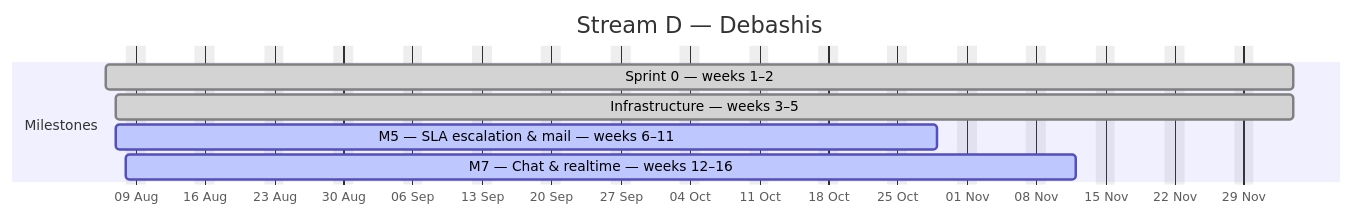
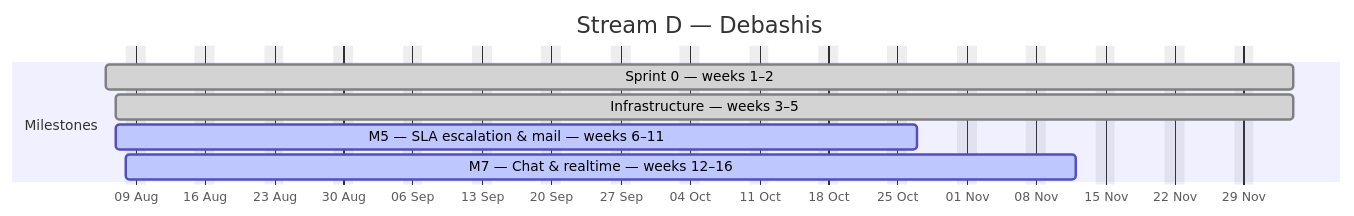
Before and after one commit to debashisedunext/EduTrack: the fourth of 4 diagrams in docs/plan/GANTT.md, drawn with Mermaid. The commit also changed other lines of this file and 3 other files, not shown here.

````diff
--- a/docs/plan/GANTT.md
+++ b/docs/plan/GANTT.md
@@ -168,12 +168,12 @@
 ```mermaid
 gantt
     dateFormat YYYY-MM-DD
     axisFormat %d %b
     title Stream D — Debashis
     excludes weekends
     section Milestones
     Sprint 0 — weeks 1–2 :done, d0, 2026-08-06, 86d
     Infrastructure — weeks 3–5 :done, d1, 2026-08-07, 85d
-    M5 — SLA  escalation & mail — weeks 6–11 :active, d2, 2026-08-07, 59d
+    M5 — SLA  escalation & mail — weeks 6–11 :active, d2, 2026-08-07, 57d
     M7 — Chat & realtime — weeks 12–16 :active, d3, 2026-08-08, 69d
 ```
````
